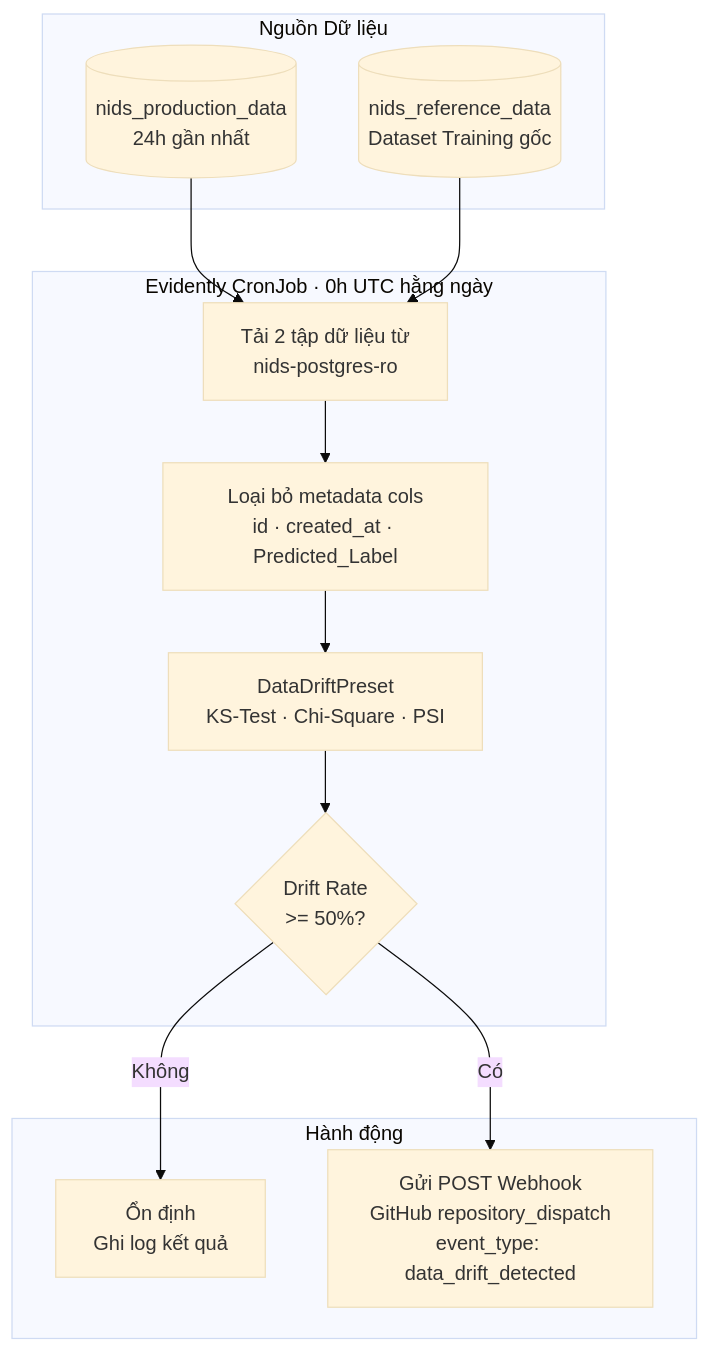
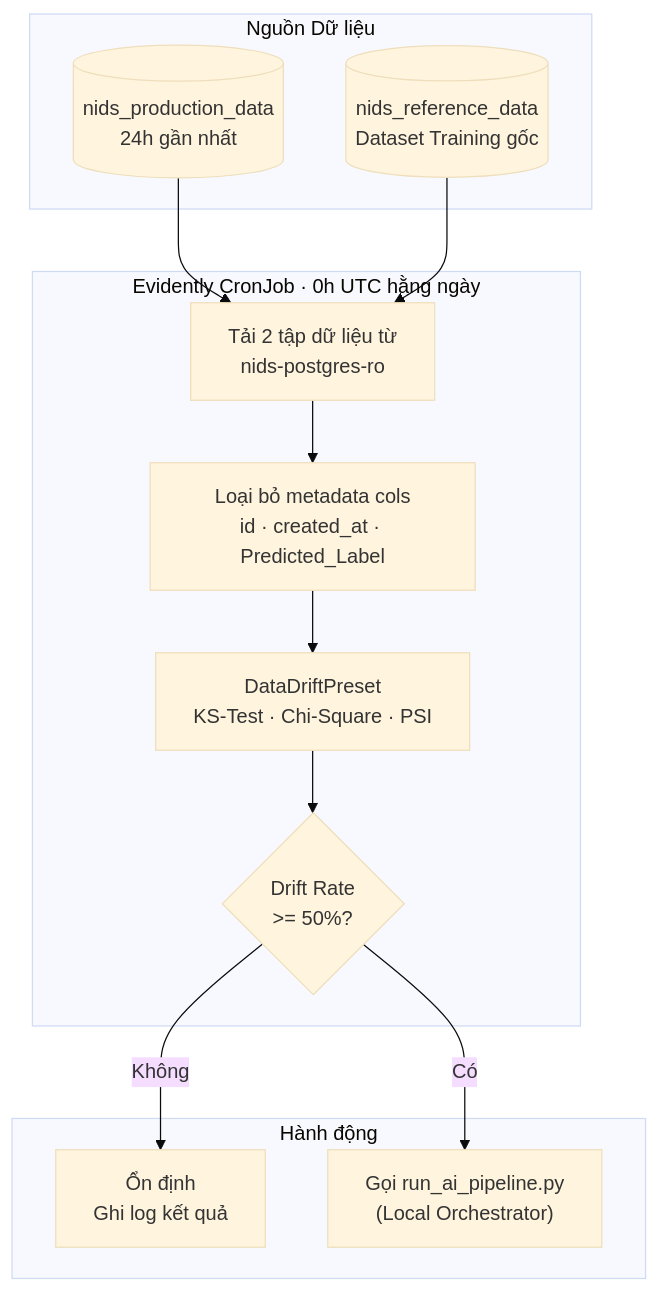
The fourth of 7 diagrams in ARCHITECTURE.md (Viet-Hoang-2005/AdaptML), drawn with Mermaid (base theme) before and after one commit. The commit also changed other lines of this file and 9 other files, not shown here.

First line of the commit message:
feat,chore(architecture): MLflow Server on K3s + Local Orchestrator

````diff
--- a/ARCHITECTURE.md
+++ b/ARCHITECTURE.md
@@ -133,25 +131,25 @@
 ```mermaid
 flowchart TB
     subgraph SOURCES["Nguồn Dữ liệu"]
         PROD_DB[("nids_production_data<br/>24h gần nhất")]
         REF_DB[("nids_reference_data<br/>Dataset Training gốc")]
     end
 
     subgraph EVIDENTLY["Evidently CronJob · 0h UTC hằng ngày"]
         LOAD[Tải 2 tập dữ liệu từ<br/>nids-postgres-ro]
         PREPROCESS[Loại bỏ metadata cols<br/>id · created_at · Predicted_Label]
         REPORT["DataDriftPreset<br/>KS-Test · Chi-Square · PSI"]
         DECISION{"Drift Rate<br/>>= 50%?"}
     end
 
     subgraph ACTION["Hành động"]
         STABLE["Ổn định<br/>Ghi log kết quả"]
-        WEBHOOK["Gửi POST Webhook<br/>GitHub repository_dispatch<br/>event_type: data_drift_detected"]
+        TRIGGER_ORCH["Gọi run_ai_pipeline.py<br/>(Local Orchestrator)"]
     end
 
     PROD_DB --> LOAD
     REF_DB --> LOAD
     LOAD --> PREPROCESS --> REPORT --> DECISION
     DECISION -->|Không| STABLE
-    DECISION -->|Có| WEBHOOK
+    DECISION -->|Có| TRIGGER_ORCH
 ```
````
